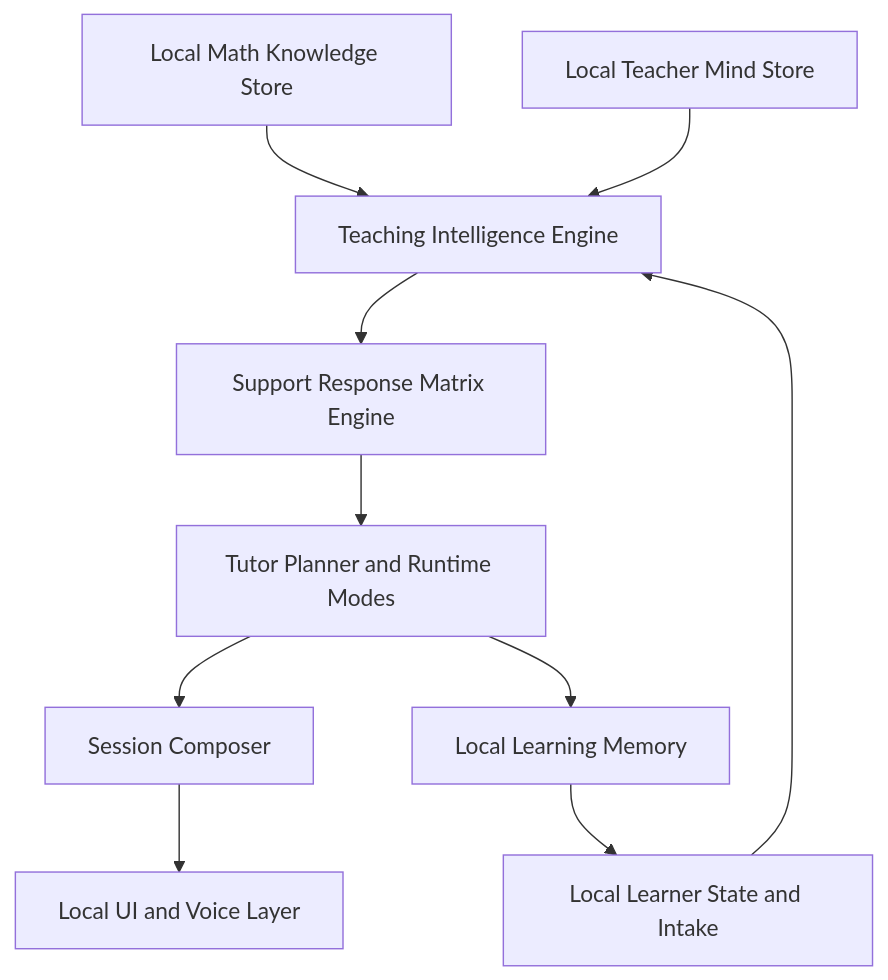
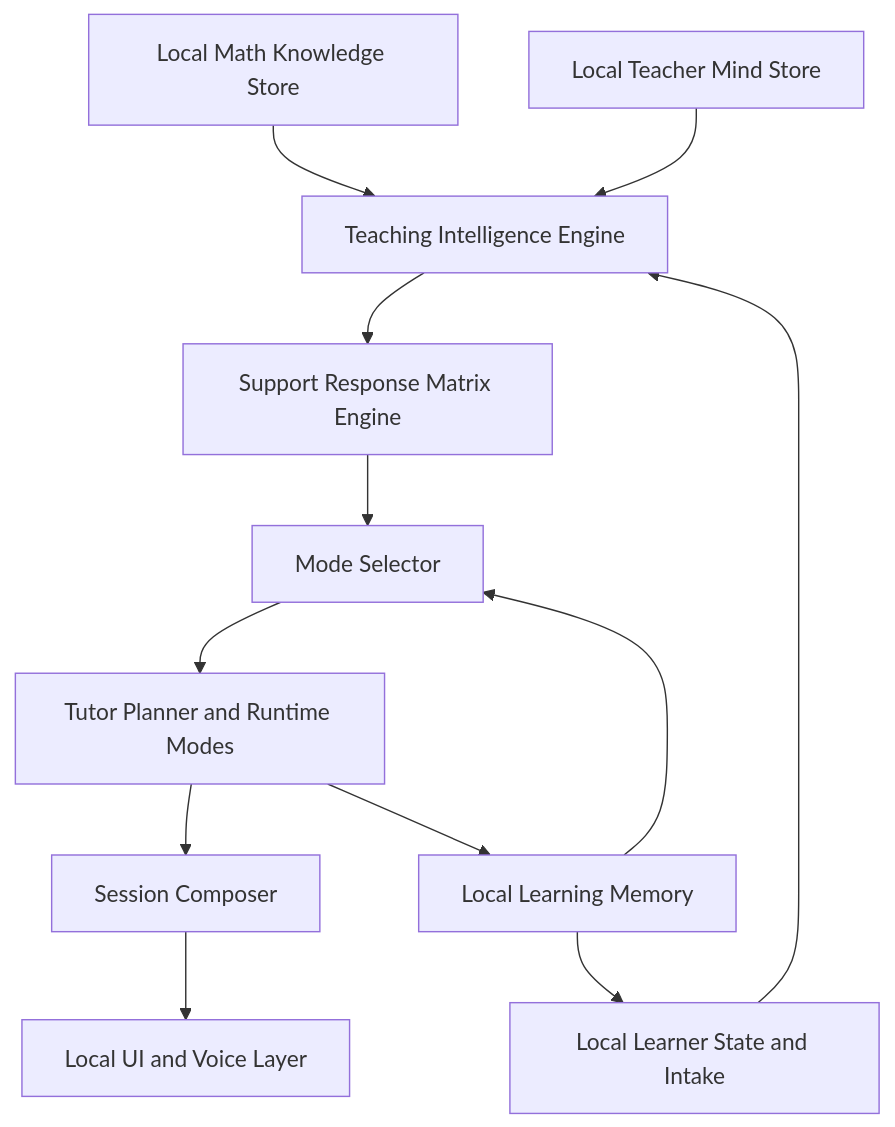
The diagram in docs/architecture-v2.md (ordinalsog-ctrl/MathTeach), drawn with Mermaid before and after one commit. The commit also changed other lines of this file and 6 other files, not shown here.

````diff
--- a/docs/architecture-v2.md
+++ b/docs/architecture-v2.md
@@ -20,12 +20,14 @@
 ```mermaid
 flowchart TD
     A["Local Math Knowledge Store"] --> D["Teaching Intelligence Engine"]
     B["Local Teacher Mind Store"] --> D
     C["Local Learner State and Intake"] --> D
     D --> E["Support Response Matrix Engine"]
-    E --> F["Tutor Planner and Runtime Modes"]
+    E --> M["Mode Selector"]
+    M --> F["Tutor Planner and Runtime Modes"]
     F --> G["Session Composer"]
     G --> H["Local UI and Voice Layer"]
     F --> I["Local Learning Memory"]
+    I --> M
     I --> C
 ```
````
